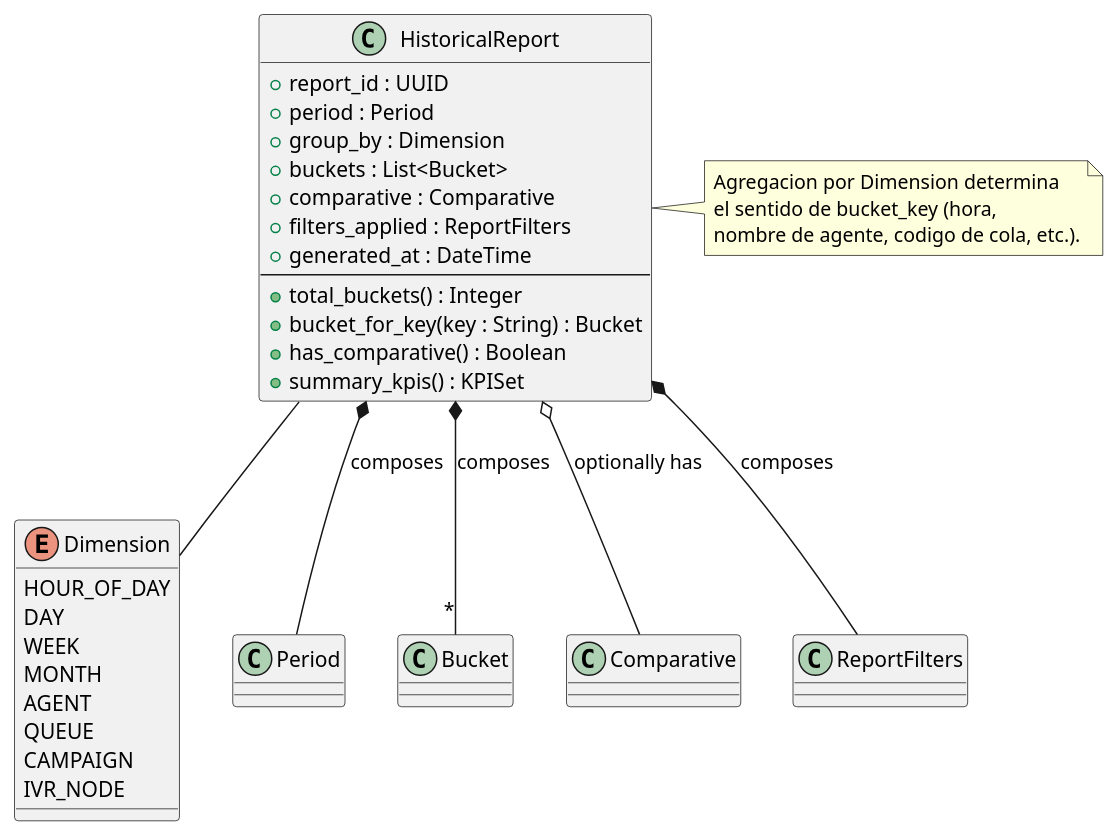
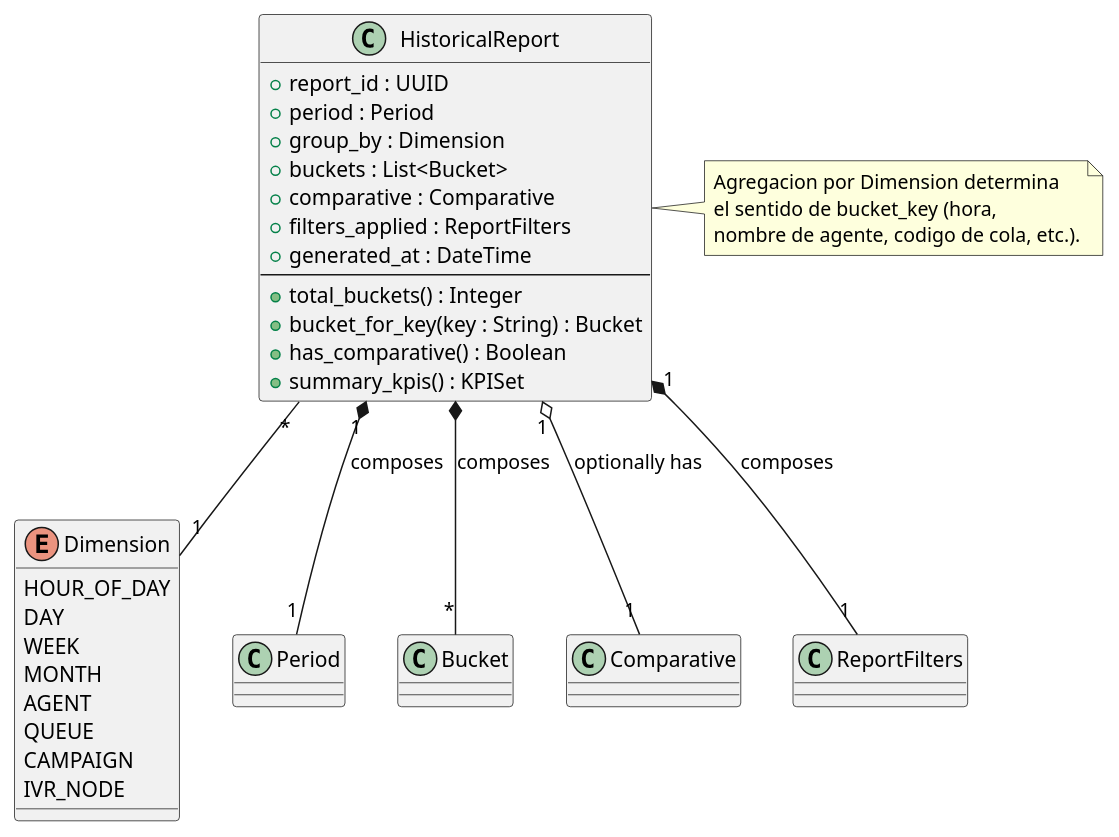
One commit to jcg-admin/IACT-docs changed the diagram in source/arquitectura-tecnica/domain-model/historical-report.rst. Above: the diagram before and after it, drawn with PlantUML. The commit also changed 44 other files, not shown here.

First line of the commit message:
Apply UML rigor pass batch 3: sweep multiplicities + checklist

```diff
--- a/source/arquitectura-tecnica/domain-model/historical-report.rst
+++ b/source/arquitectura-tecnica/domain-model/historical-report.rst
@@ -29,50 +29,50 @@
 .. uml::
  :caption: Clase HistoricalReport — agregación de Buckets
            con comparativa opcional sobre un período.
 
  @startuml
 
  class HistoricalReport {
    + report_id : UUID
    + period : Period
    + group_by : Dimension
    + buckets : List<Bucket>
    + comparative : Comparative
    + filters_applied : ReportFilters
    + generated_at : DateTime
    --
    + total_buckets() : Integer
    + bucket_for_key(key : String) : Bucket
    + has_comparative() : Boolean
    + summary_kpis() : KPISet
  }
 
  enum Dimension {
    HOUR_OF_DAY
    DAY
    WEEK
    MONTH
    AGENT
    QUEUE
    CAMPAIGN
    IVR_NODE
  }
 
  class Period
  class Bucket
  class Comparative
  class ReportFilters
 
- HistoricalReport *-- Period : composes
+ HistoricalReport "1" *-- "1" Period : composes
  HistoricalReport *-- "*" Bucket : composes
- HistoricalReport o-- Comparative : optionally has
- HistoricalReport *-- ReportFilters : composes
- HistoricalReport -- Dimension
+ HistoricalReport "1" o-- "1" Comparative : optionally has
+ HistoricalReport "1" *-- "1" ReportFilters : composes
+ HistoricalReport "*" -- "1" Dimension
 
  note right of HistoricalReport
    Agregacion por Dimension determina
    el sentido de bucket_key (hora,
    nombre de agente, codigo de cola, etc.).
  end note
 
  @enduml
```
